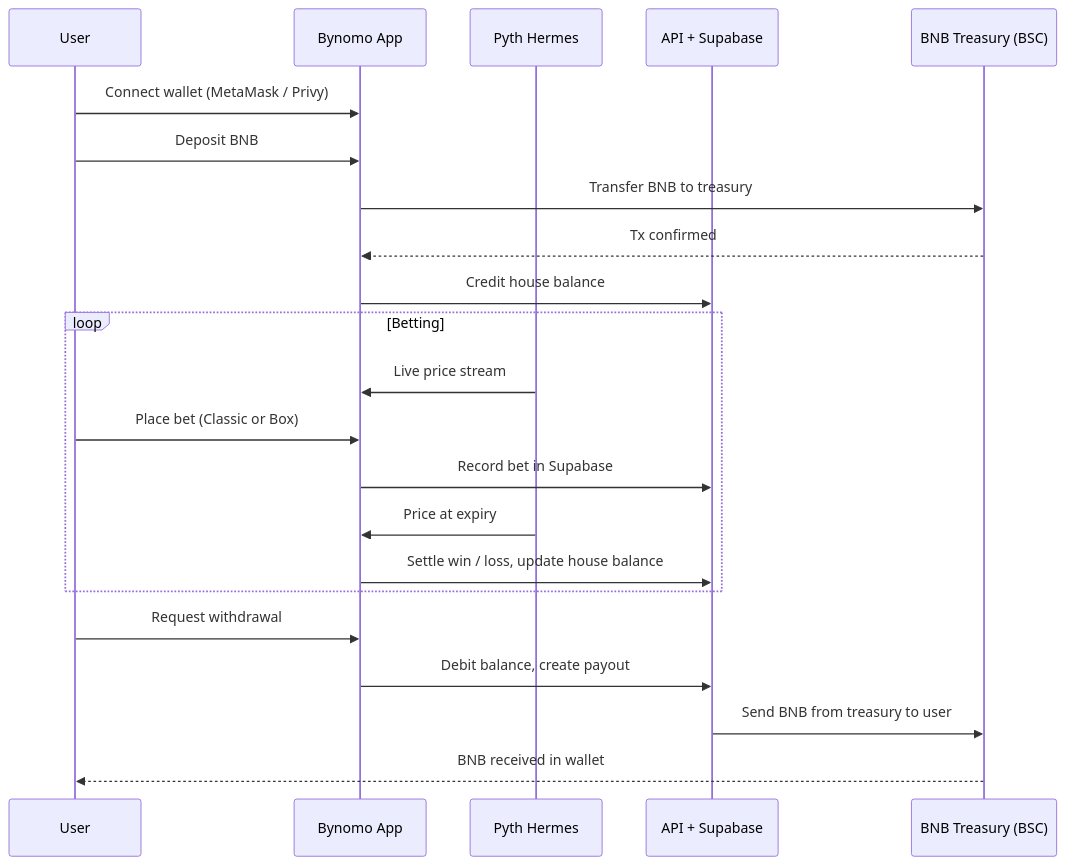
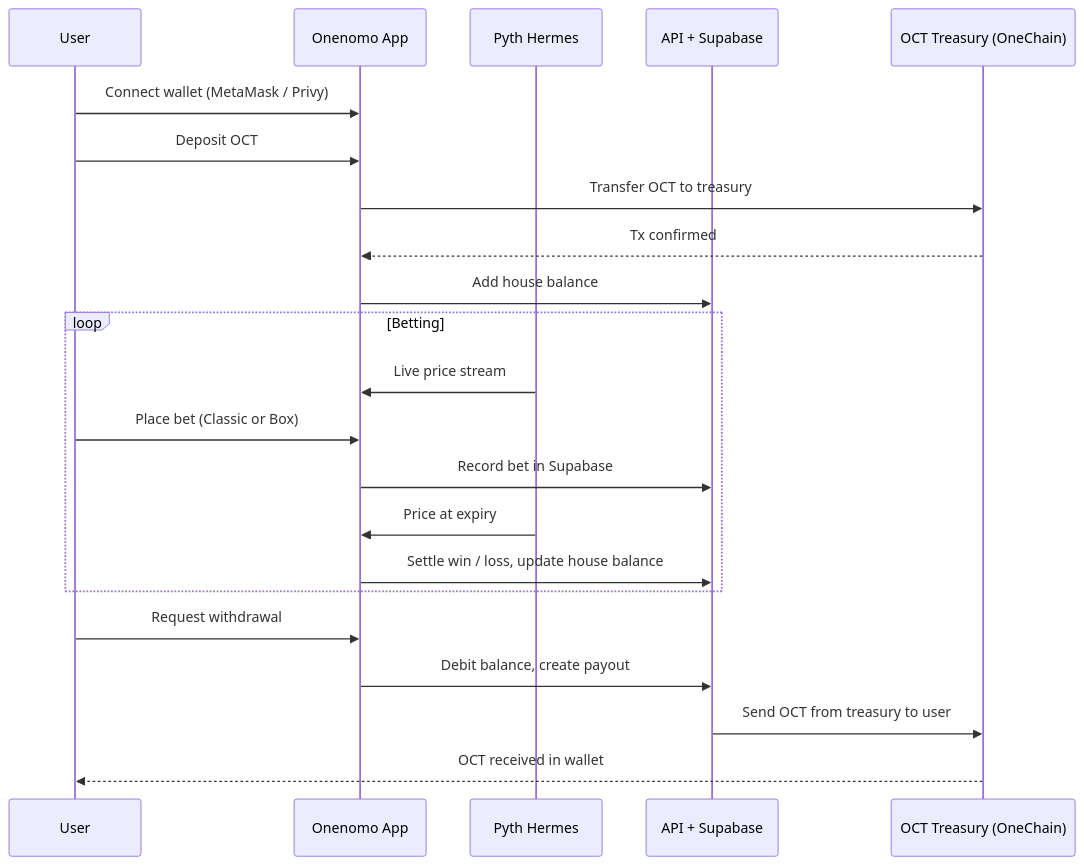
Before and after one commit to AmaanSayyad/Onenomo: the second of 2 diagrams in docs/TECHNICAL.md, drawn with Mermaid. The commit also changed other lines of this file and 91 other files, not shown here.

````diff
--- a/docs/TECHNICAL.md
+++ b/docs/TECHNICAL.md
@@ -56,27 +56,27 @@
 ```mermaid
 sequenceDiagram
     participant U as User
-    participant App as Bynomo App
+    participant App as Onenomo App
     participant P as Pyth Hermes
     participant API as API + Supabase
-    participant BNB as BNB Treasury (BSC)
+    participant OCT as OCT Treasury (OneChain)
 
     U->>App: Connect wallet (MetaMask / Privy)
-    U->>App: Deposit BNB
-    App->>BNB: Transfer BNB to treasury
-    BNB-->>App: Tx confirmed
-    App->>API: Credit house balance
+    U->>App: Deposit OCT
+    App->>OCT: Transfer OCT to treasury
+    OCT-->>App: Tx confirmed
+    App->>API: Add house balance
 
     loop Betting
         P->>App: Live price stream
         U->>App: Place bet (Classic or Box)
         App->>API: Record bet in Supabase
         P->>App: Price at expiry
         App->>API: Settle win / loss, update house balance
     end
 
     U->>App: Request withdrawal
     App->>API: Debit balance, create payout
-    API->>BNB: Send BNB from treasury to user
-    BNB-->>U: BNB received in wallet
+    API->>OCT: Send OCT from treasury to user
+    OCT-->>U: OCT received in wallet
 ```
````
